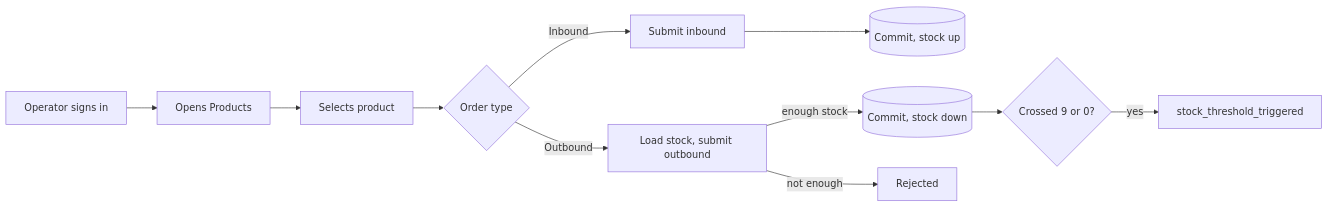
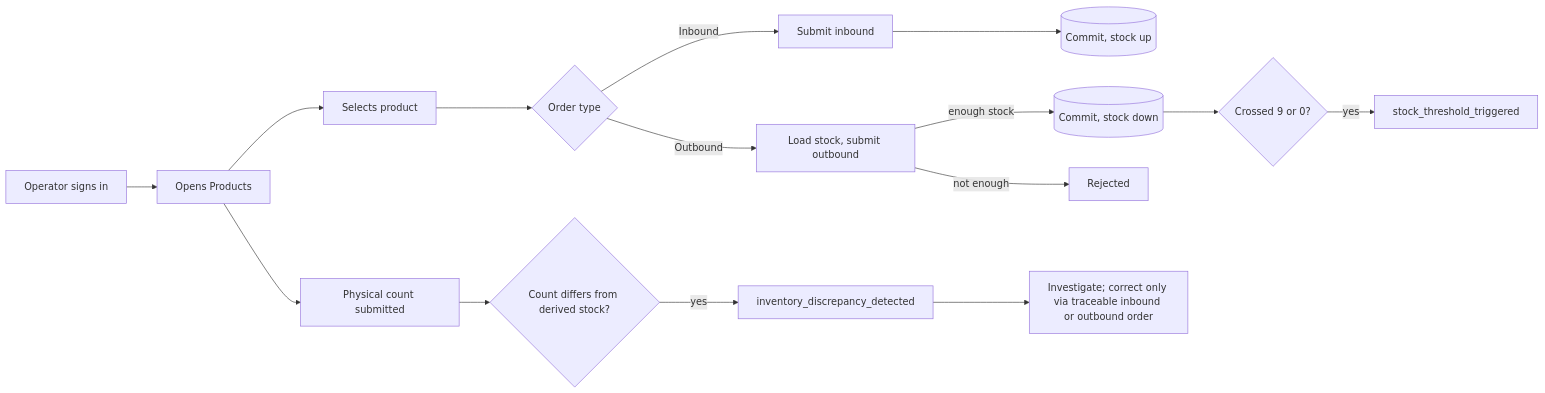
Before and after one commit to MiguelN27/MiguelN-AI-Trackflow-project: the diagram in docs/telemetry/telemetry-plan.md, drawn with Mermaid. The commit also changed other lines of this file and 1 other file, not shown here.

Commit message:
inventory discrepancy detected add it

````diff
--- a/docs/telemetry/telemetry-plan.md
+++ b/docs/telemetry/telemetry-plan.md
@@ -67,13 +68,17 @@
 ```mermaid
 flowchart LR
     A[Operator signs in] --> B[Opens Products]
     B --> C[Selects product]
     C --> D{Order type}
     D -->|Inbound| E[Submit inbound]
     D -->|Outbound| F[Load stock, submit outbound]
     E --> G[(Commit, stock up)]
     F -->|enough stock| H[(Commit, stock down)]
     F -->|not enough| X[Rejected]
     H --> T{Crossed 9 or 0?}
     T -->|yes| Alert[stock_threshold_triggered]
+    B --> Count[Physical count submitted]
+    Count --> Compare{Count differs from derived stock?}
+    Compare -->|yes| Discrepancy[inventory_discrepancy_detected]
+    Discrepancy --> Investigate[Investigate; correct only via traceable inbound or outbound order]
 ```
````
